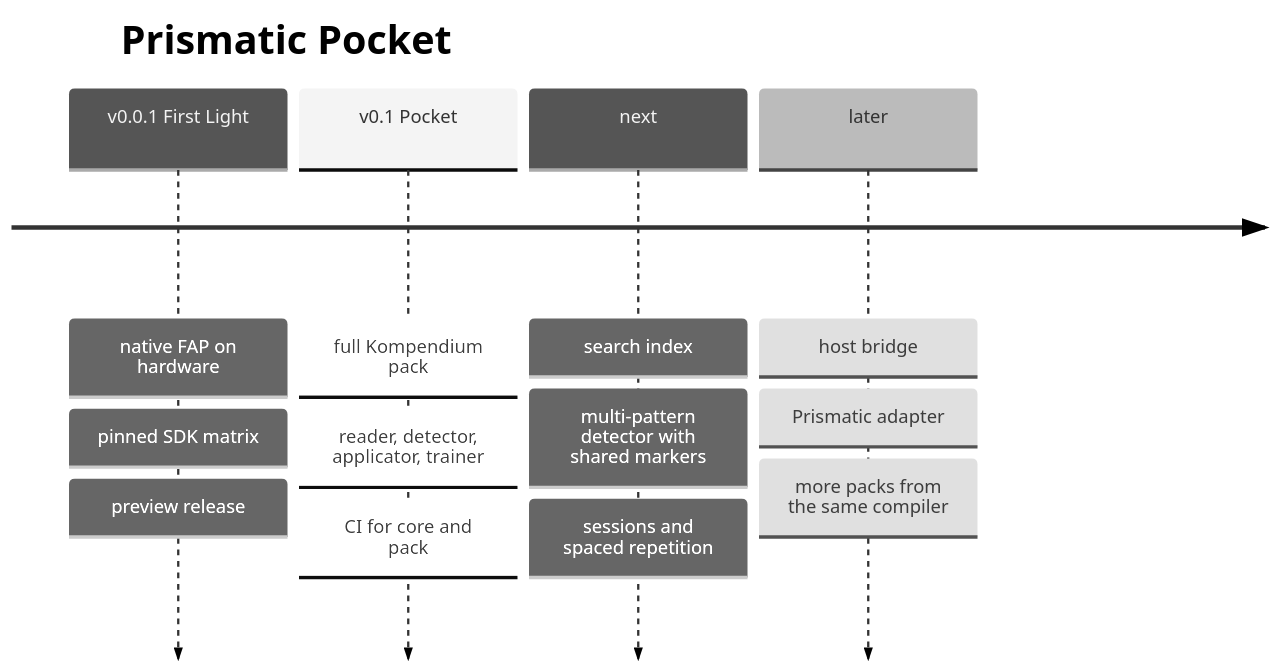
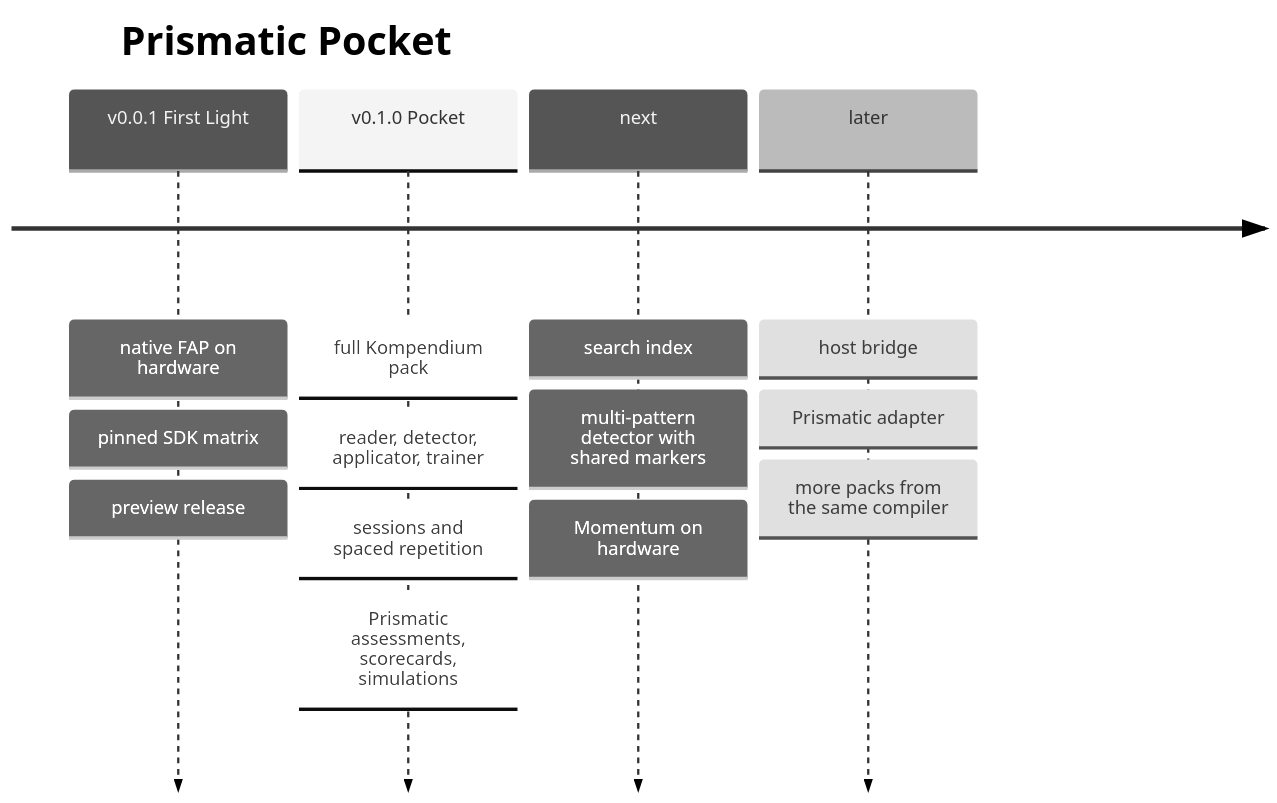
The third of 3 diagrams in README.md (korczis/prismatic-flipperzero), drawn with Mermaid (neutral theme) before and after one commit. The commit also changed 10 other files, not shown here.

````diff
--- a/README.md
+++ b/README.md
@@ -487,8 +487,8 @@
 ```mermaid
 timeline
   title Prismatic Pocket
   v0.0.1 First Light : native FAP on hardware : pinned SDK matrix : preview release
-  v0.1 Pocket : full Kompendium pack : reader, detector, applicator, trainer : CI for core and pack
-  next : search index : multi-pattern detector with shared markers : sessions and spaced repetition
+  v0.1.0 Pocket : full Kompendium pack : reader, detector, applicator, trainer : sessions and spaced repetition : Prismatic assessments, scorecards, simulations
+  next : search index : multi-pattern detector with shared markers : Momentum on hardware
   later : host bridge : Prismatic adapter : more packs from the same compiler
 ```
````
